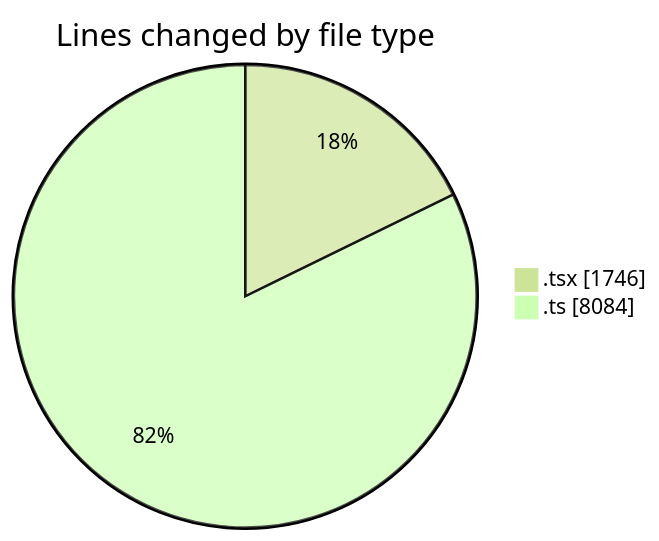
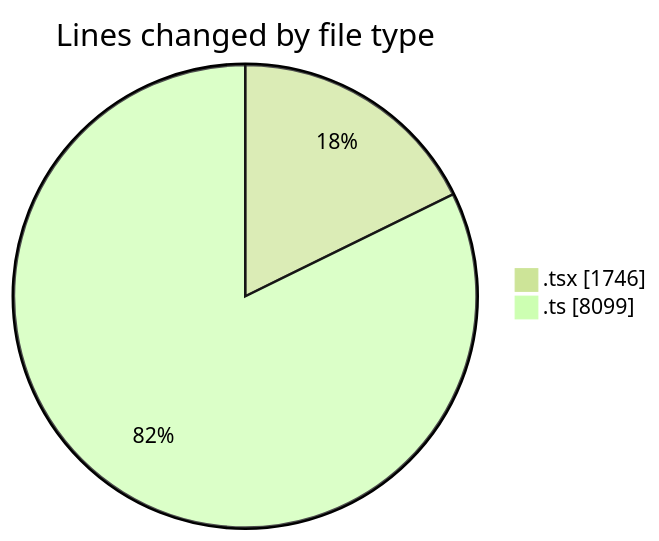
One commit to momahboobian/code-tracking changed the first of 2 diagrams in 2025-07-09/cda/README.md. Above: the diagram before and after it, drawn with Mermaid (forest theme). The commit also changed other lines of this file and 1 other file, not shown here.

````diff
--- a/2025-07-09/cda/README.md
+++ b/2025-07-09/cda/README.md
@@ -26,6 +26,6 @@
 ```mermaid
 pie showData
 title Lines changed by file type
 ".tsx" : 1746
-".ts" : 8084
+".ts" : 8099
 ```
````
